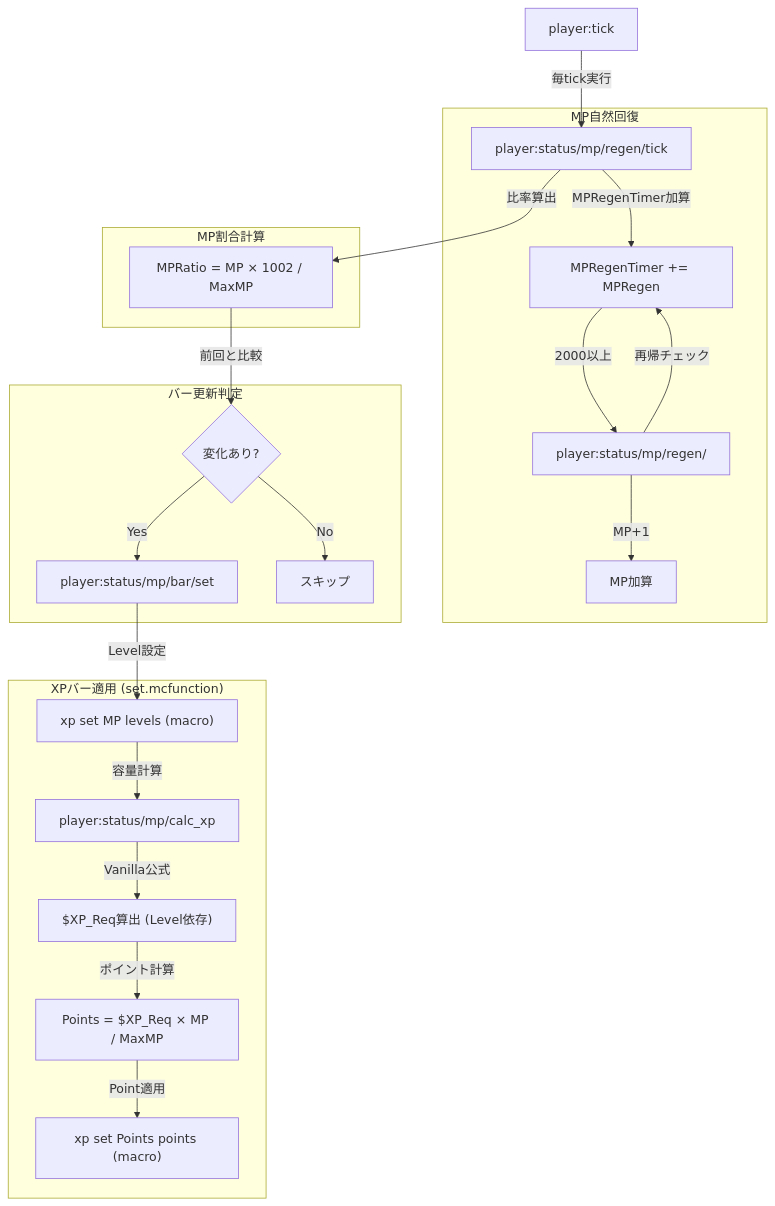
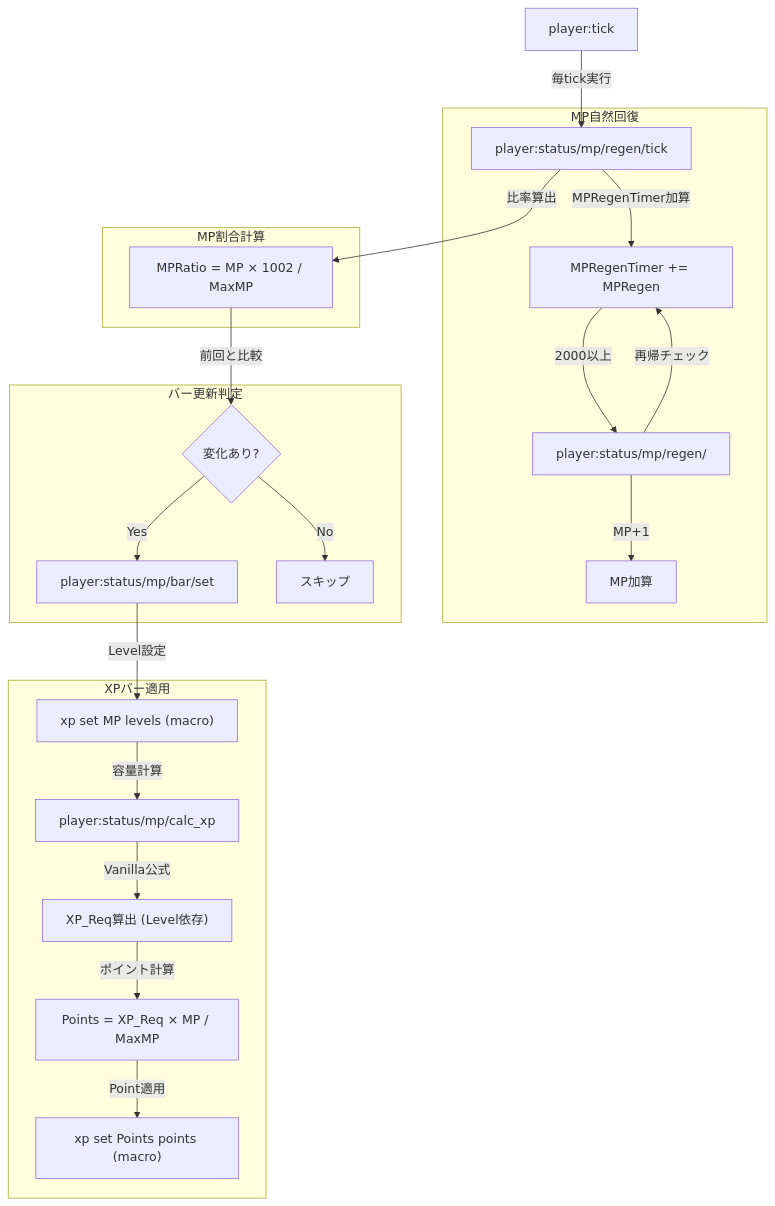
Before and after one commit to Avuorina/MinecraftLikeRPG: the sixth of 8 diagrams in Flow.md, drawn with Mermaid. The commit also changed other lines of this file, not shown here.

Commit message:
🐛Mermaidのバグを修正

````diff
--- a/Flow.md
+++ b/Flow.md
@@ -313,29 +313,29 @@
 ```mermaid
 graph TD
     Tick["player:tick"] -->|毎tick実行| RegenTick["player:status/mp/regen/tick"]
     
     subgraph "MP自然回復"
         RegenTick -->|MPRegenTimer加算| Timer["MPRegenTimer += MPRegen"]
         Timer -->|2000以上| Recover["player:status/mp/regen/"]
         Recover -->|MP+1| UpdateMP["MP加算"]
         Recover -->|再帰チェック| Timer
     end
     
     subgraph "MP割合計算"
         RegenTick -->|比率算出| Ratio["MPRatio = MP × 1002 / MaxMP"]
     end
     
     subgraph "バー更新判定"
         Ratio -->|前回と比較| Changed{変化あり?}
         Changed -->|Yes| BarSet["player:status/mp/bar/set"]
         Changed -->|No| Skip["スキップ"]
     end
     
-    subgraph "XPバー適用 (set.mcfunction)"
+    subgraph "XPバー適用"
         BarSet -->|Level設定| SetLevel["xp set MP levels (macro)"]
         SetLevel -->|容量計算| CalcXP["player:status/mp/calc_xp"]
-        CalcXP -->|Vanilla公式| XPReq["$XP_Req算出 (Level依存)"]
-        XPReq -->|ポイント計算| CalcPoints["Points = $XP_Req × MP / MaxMP"]
+        CalcXP -->|Vanilla公式| XPReq["XP_Req算出 (Level依存)"]
+        XPReq -->|ポイント計算| CalcPoints["Points = XP_Req × MP / MaxMP"]
         CalcPoints -->|Point適用| SetPoints["xp set Points points (macro)"]
     end
 ```
````
